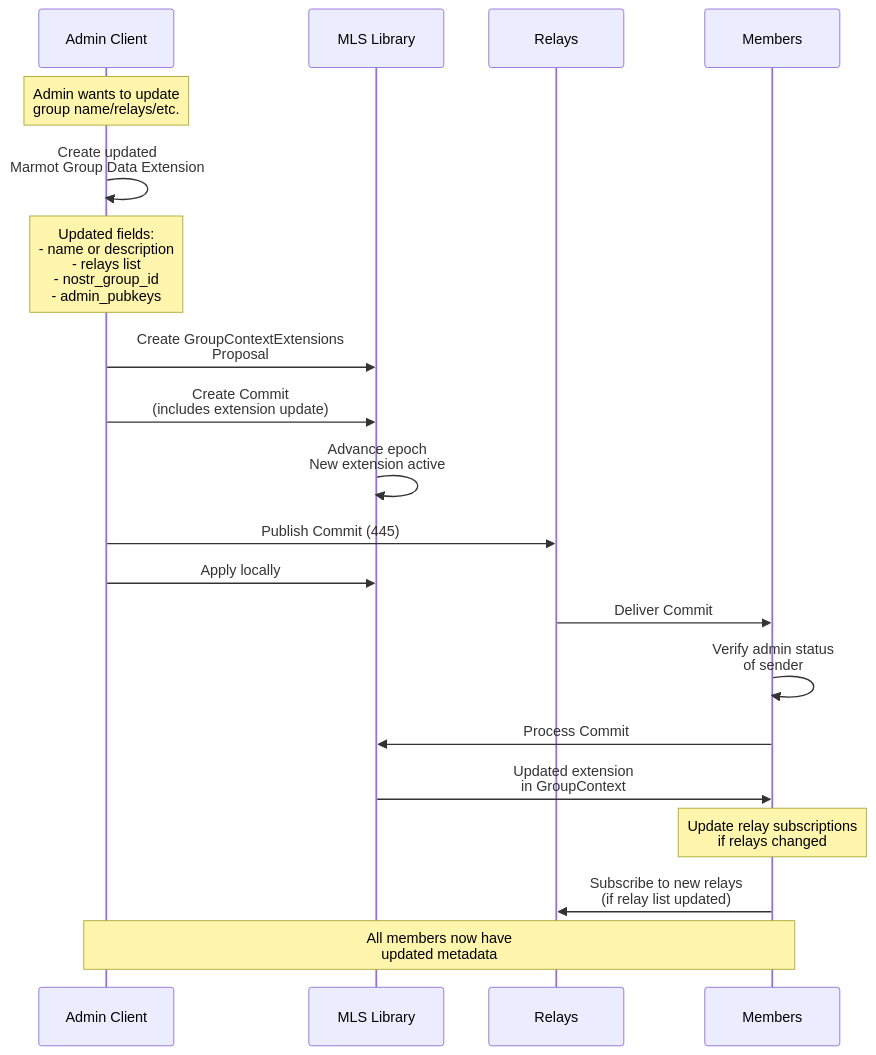
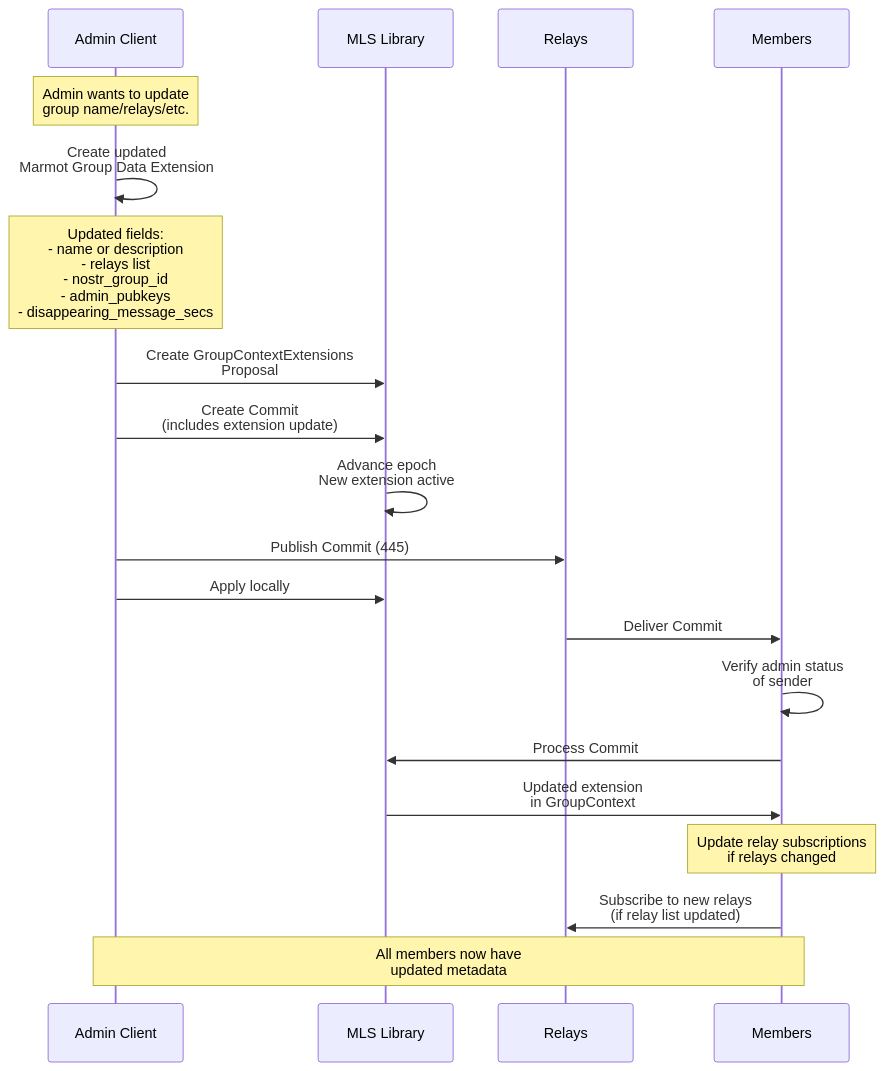
The seventh of 10 diagrams in data_flows.md (hzrd149/marmot), drawn with Mermaid before and after one commit. The commit also changed other lines of this file and 5 other files, not shown here.

````diff
--- a/data_flows.md
+++ b/data_flows.md
@@ -426,37 +426,37 @@
 ```mermaid
 sequenceDiagram
     participant A as Admin Client
     participant MLS as MLS Library
     participant R as Relays
     participant M as Members
 
     Note over A: Admin wants to update<br/>group name/relays/etc.
 
     A->>A: Create updated<br/>Marmot Group Data Extension
 
-    Note over A: Updated fields:<br/>- name or description<br/>- relays list<br/>- nostr_group_id<br/>- admin_pubkeys
+    Note over A: Updated fields:<br/>- name or description<br/>- relays list<br/>- nostr_group_id<br/>- admin_pubkeys<br/>- disappearing_message_secs
 
     A->>MLS: Create GroupContextExtensions<br/>Proposal
 
     A->>MLS: Create Commit<br/>(includes extension update)
 
     MLS->>MLS: Advance epoch<br/>New extension active
 
     A->>R: Publish Commit (445)
 
     A->>MLS: Apply locally
 
     R->>M: Deliver Commit
 
     M->>M: Verify admin status<br/>of sender
 
     M->>MLS: Process Commit
 
     MLS->>M: Updated extension<br/>in GroupContext
 
     Note over M: Update relay subscriptions<br/>if relays changed
 
     M->>R: Subscribe to new relays<br/>(if relay list updated)
 
     Note over A,M: All members now have<br/>updated metadata
 ```
````
